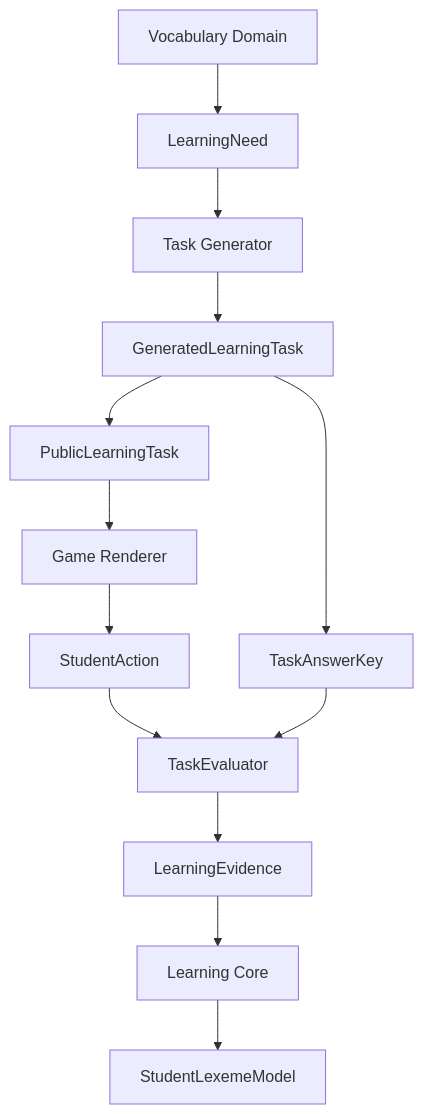
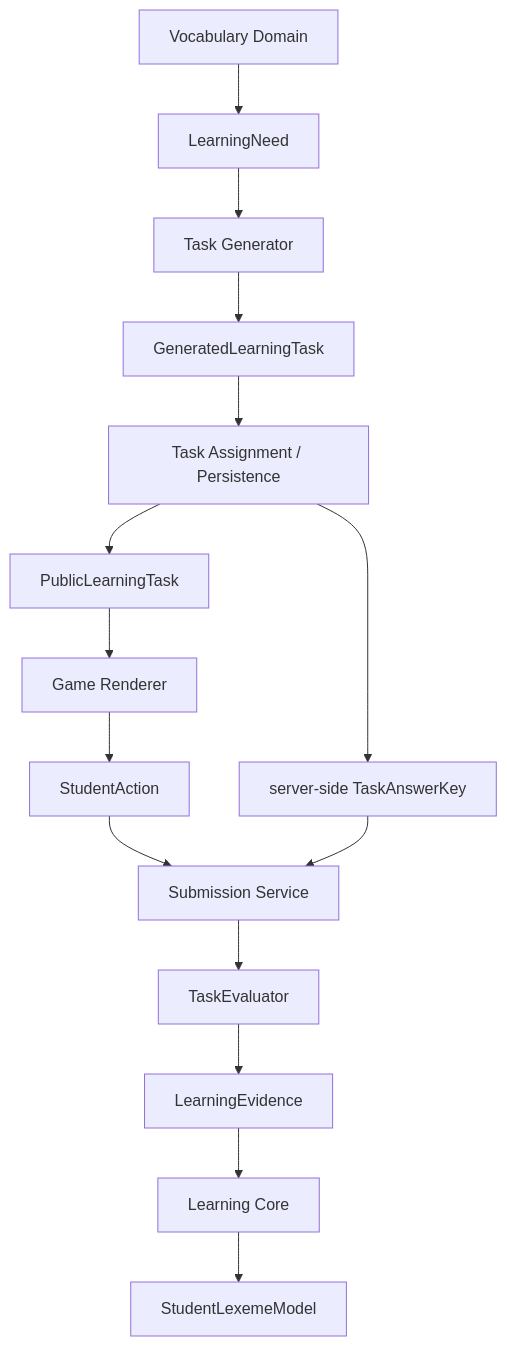
One commit to chipmuck228/wordranger changed the diagram in docs/ARCHITECTURE.md. Above: the diagram before and after it, drawn with Mermaid. The commit also changed other lines of this file and 19 other files, not shown here.

First line of the commit message:
Harden relation-choice distractors and the task submission path.

````diff
--- a/docs/ARCHITECTURE.md
+++ b/docs/ARCHITECTURE.md
@@ -7,28 +7,32 @@
 ```mermaid
 flowchart TD
   vocab[Vocabulary Domain]
   need[LearningNeed]
   gen[Task Generator]
   generated[GeneratedLearningTask]
+  assignment[Task Assignment / Persistence]
   publicTask[PublicLearningTask]
-  answerKey[TaskAnswerKey]
   renderer[Game Renderer]
   action[StudentAction]
+  submit[Submission Service]
+  answerKey[server-side TaskAnswerKey]
   evaluator[TaskEvaluator]
   evidence[LearningEvidence]
   core[Learning Core]
   model[StudentLexemeModel]
 
   vocab --> need
   need --> gen
   gen --> generated
-  generated --> publicTask
-  generated --> answerKey
+  generated --> assignment
+  assignment --> publicTask
   publicTask --> renderer
   renderer --> action
-  action --> evaluator
-  answerKey --> evaluator
+  action --> submit
+  assignment --> answerKey
+  answerKey --> submit
+  submit --> evaluator
   evaluator --> evidence
   evidence --> core
   core --> model
 ```
````
